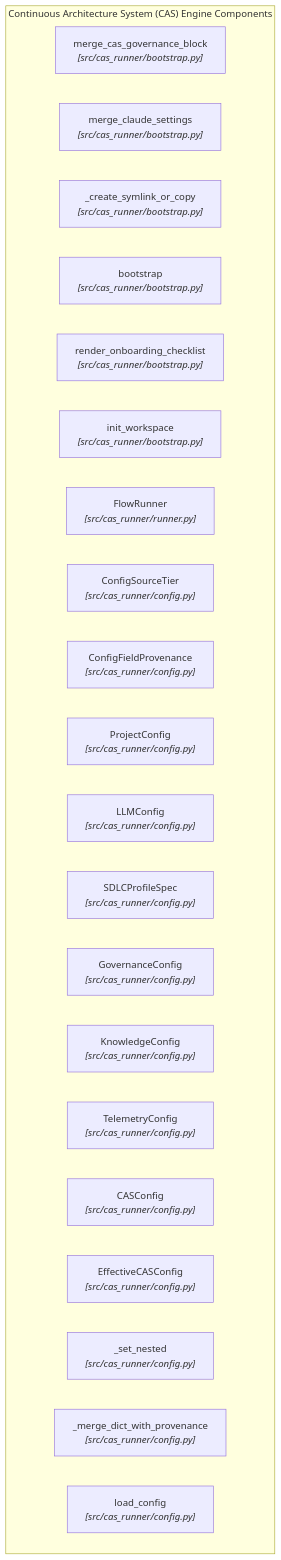
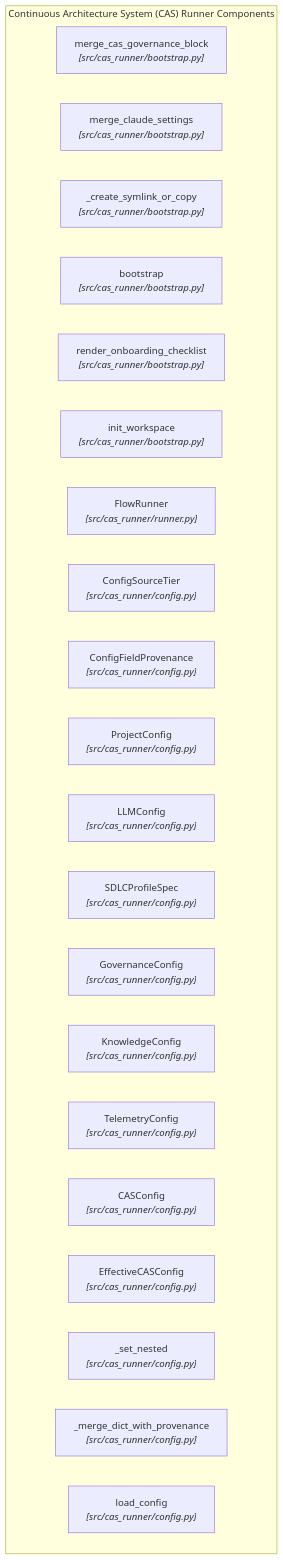
Before and after one commit to cas-governance-portal/cas-governance-portal.github.io: the diagram in projects/ideas-to-life-cas/architecture-state/diagrams/components.mmd, drawn with Mermaid. The commit also changed 37 other files, not shown here.

```diff
--- a/projects/ideas-to-life-cas/architecture-state/diagrams/components.mmd
+++ b/projects/ideas-to-life-cas/architecture-state/diagrams/components.mmd
@@ -1,23 +1,23 @@
 flowchart TD
-    subgraph Components["Continuous Architecture System (CAS) Engine Components"]
+    subgraph Components["Continuous Architecture System (CAS) Runner Components"]
         comp_merge_cas_governance_block["merge_cas_governance_block<br/><i>[src/cas_runner/bootstrap.py]</i>"]
         comp_merge_claude_settings["merge_claude_settings<br/><i>[src/cas_runner/bootstrap.py]</i>"]
         comp__create_symlink_or_copy["_create_symlink_or_copy<br/><i>[src/cas_runner/bootstrap.py]</i>"]
         comp_bootstrap["bootstrap<br/><i>[src/cas_runner/bootstrap.py]</i>"]
         comp_render_onboarding_checklist["render_onboarding_checklist<br/><i>[src/cas_runner/bootstrap.py]</i>"]
         comp_init_workspace["init_workspace<br/><i>[src/cas_runner/bootstrap.py]</i>"]
         comp_flowrunner["FlowRunner<br/><i>[src/cas_runner/runner.py]</i>"]
         comp_configsourcetier["ConfigSourceTier<br/><i>[src/cas_runner/config.py]</i>"]
         comp_configfieldprovenance["ConfigFieldProvenance<br/><i>[src/cas_runner/config.py]</i>"]
         comp_projectconfig["ProjectConfig<br/><i>[src/cas_runner/config.py]</i>"]
         comp_llmconfig["LLMConfig<br/><i>[src/cas_runner/config.py]</i>"]
         comp_sdlcprofilespec["SDLCProfileSpec<br/><i>[src/cas_runner/config.py]</i>"]
         comp_governanceconfig["GovernanceConfig<br/><i>[src/cas_runner/config.py]</i>"]
         comp_knowledgeconfig["KnowledgeConfig<br/><i>[src/cas_runner/config.py]</i>"]
         comp_telemetryconfig["TelemetryConfig<br/><i>[src/cas_runner/config.py]</i>"]
         comp_casconfig["CASConfig<br/><i>[src/cas_runner/config.py]</i>"]
         comp_effectivecasconfig["EffectiveCASConfig<br/><i>[src/cas_runner/config.py]</i>"]
         comp__set_nested["_set_nested<br/><i>[src/cas_runner/config.py]</i>"]
         comp__merge_dict_with_provenance["_merge_dict_with_provenance<br/><i>[src/cas_runner/config.py]</i>"]
         comp_load_config["load_config<br/><i>[src/cas_runner/config.py]</i>"]
     end
```
